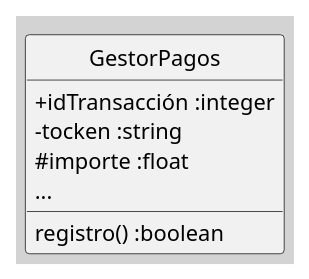
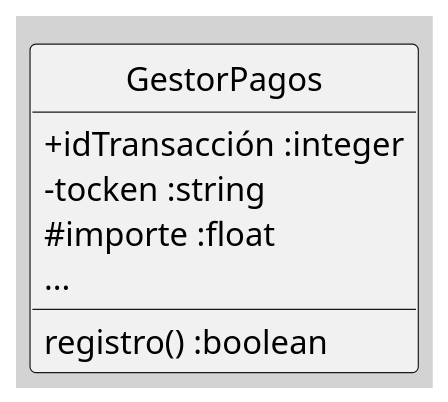
The second of 2 diagrams in src/site/notes/050 Base de Conocimientos/200  Mi Zettelkasten/100 Docencia/IS1/2025/Clase 08 Modelo Conceptual del UML - Elementos, Relaciones, Reglas y Mecanismos Comunes/Zk Modelo Conceptual del UML (Reglas).md (egrpy/egr-zettel-lectures), drawn with PlantUML before and after one commit. The commit also changed other lines of this file and 11 other files, not shown here.

````diff
--- a/src/site/notes/050 Base de Conocimientos/200  Mi Zettelkasten/100 Docencia/IS1/2025/Clase 08 Modelo Conceptual del UML - Elementos, Relaciones, Reglas y Mecanismos Comunes/Zk Modelo Conceptual del UML (Reglas).md
+++ b/src/site/notes/050 Base de Conocimientos/200  Mi Zettelkasten/100 Docencia/IS1/2025/Clase 08 Modelo Conceptual del UML - Elementos, Relaciones, Reglas y Mecanismos Comunes/Zk Modelo Conceptual del UML (Reglas).md
@@ -56,21 +57,21 @@
 ```plantuml
 @startuml
 !pragma layout smetana
 skinparam style strictuml
 skinparam classAttributeIconSize 0
 skinparam BackgroundColor LightGray
 'left to right direction
 top to bottom direction
 skinparam linetype ortho
 
-
+scale 1.5
 class GestorPagos {
 	+ idTransacción :integer
 	- tocken :string
 	# importe :float
 	...
 	registro() :boolean
 } 
 
 @enduml
 ```
````
